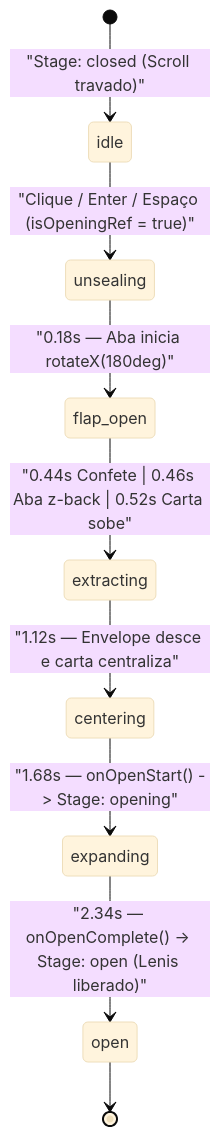
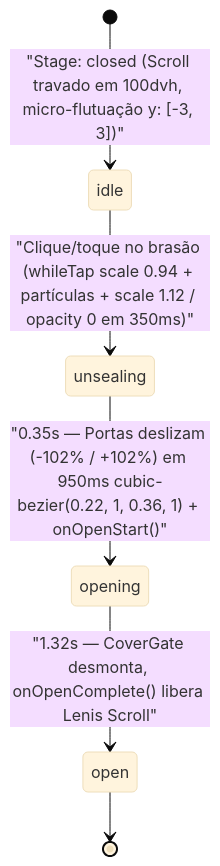
The diagram in Docs/02-envelope-3d-e-animacoes.md (gomeslxy/carol-convite), drawn with Mermaid (base theme) before and after one commit. The commit also changed other lines of this file and 40 other files, not shown here.

````diff
--- a/Docs/02-envelope-3d-e-animacoes.md
+++ b/Docs/02-envelope-3d-e-animacoes.md
@@ -32,11 +34,8 @@
 ```mermaid
 stateDiagram-v2
-    [*] --> idle : "Stage: closed (Scroll travado)"
-    idle --> unsealing : "Clique / Enter / Espaço (isOpeningRef = true)"
-    unsealing --> flap_open : "0.18s — Aba inicia rotateX(180deg)"
-    flap_open --> extracting : "0.44s Confete | 0.46s Aba z-back | 0.52s Carta sobe"
-    extracting --> centering : "1.12s — Envelope desce e carta centraliza"
-    centering --> expanding : "1.68s — onOpenStart() -> Stage: opening"
-    expanding --> open : "2.34s — onOpenComplete() -> Stage: open (Lenis liberado)"
+    [*] --> idle : "Stage: closed (Scroll travado em 100dvh, micro-flutuação y: [-3, 3])"
+    idle --> unsealing : "Clique/toque no brasão (whileTap scale 0.94 + partículas + scale 1.12 / opacity 0 em 350ms)"
+    unsealing --> opening : "0.35s — Portas deslizam (-102% / +102%) em 950ms cubic-bezier(0.22, 1, 0.36, 1) + onOpenStart()"
+    opening --> open : "1.32s — CoverGate desmonta, onOpenComplete() libera Lenis Scroll"
     open --> [*]
 ```
````
